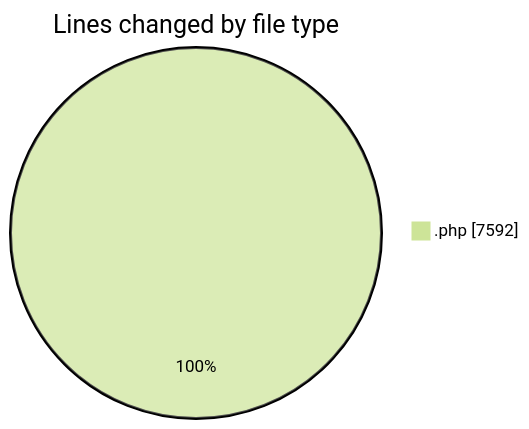
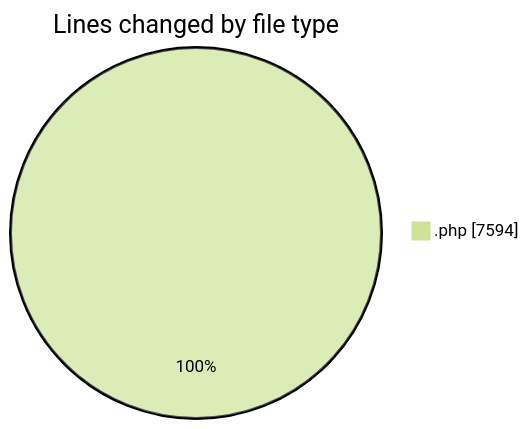
Before and after one commit to vahidmafi/code-tracking: the first of 2 diagrams in 2025-07-21/shop/README.md, drawn with Mermaid (forest theme). The commit also changed other lines of this file and 1 other file, not shown here.

````diff
--- a/2025-07-21/shop/README.md
+++ b/2025-07-21/shop/README.md
@@ -22,5 +22,5 @@
 ```mermaid
 pie showData
 title Lines changed by file type
-".php" : 7592
+".php" : 7594
 ```
````
